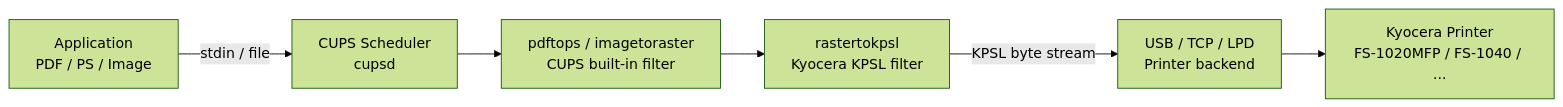
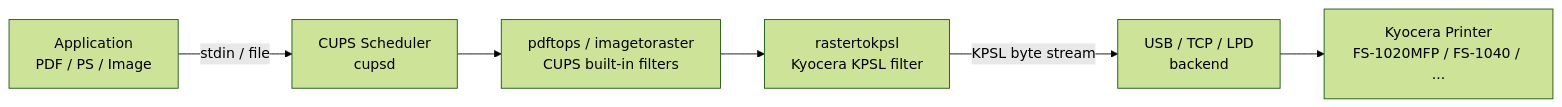
One commit to e-gleba/kyocera-drivers changed the first of 2 diagrams in readme.md. Above: the diagram before and after it, drawn with Mermaid (forest theme). The commit also changed other lines of this file, not shown here.

````diff
--- a/readme.md
+++ b/readme.md
@@ -155,8 +193,8 @@
 ```mermaid
 flowchart LR
     A[Application<br>PDF / PS / Image] -->|stdin / file| B[CUPS Scheduler<br>cupsd]
-    B --> C[pdftops / imagetoraster<br>CUPS built-in filter]
+    B --> C[pdftops / imagetoraster<br>CUPS built-in filters]
     C --> D[rastertokpsl<br>Kyocera KPSL filter]
-    D -->|KPSL byte stream| E[USB / TCP / LPD<br>Printer backend]
+    D -->|KPSL byte stream| E[USB / TCP / LPD<br>backend]
     E --> F[Kyocera Printer<br>FS-1020MFP / FS-1040 / ...]
 ```
````
